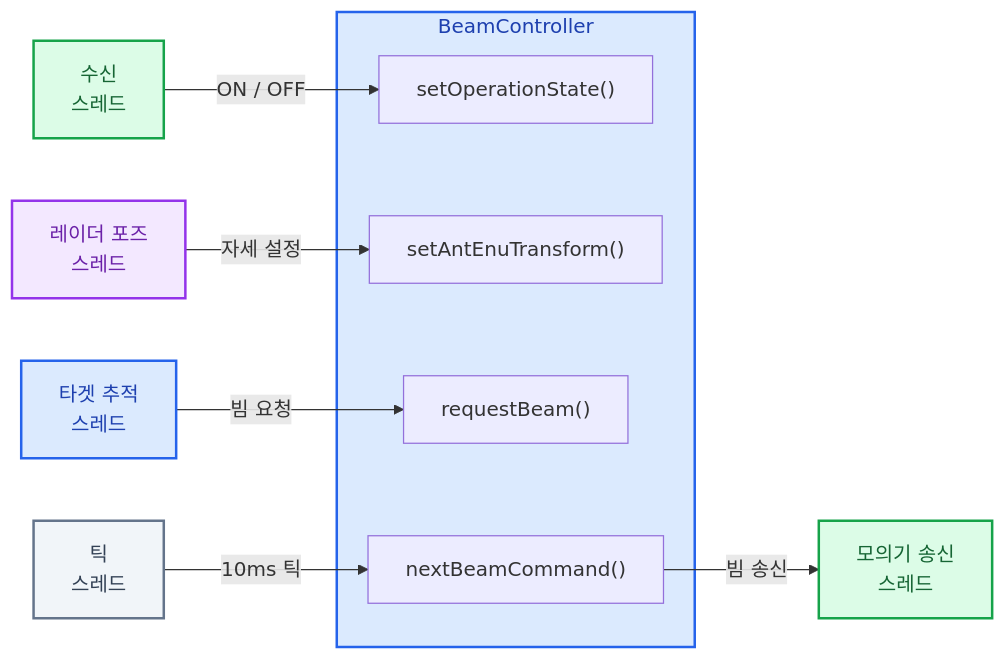
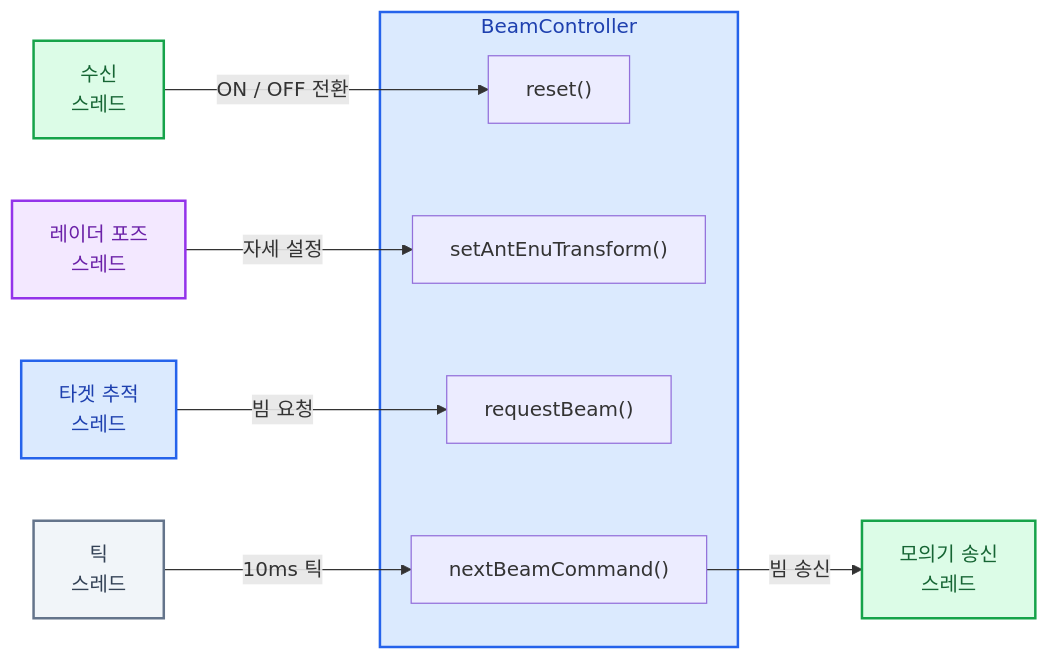
One commit to AESAlien/aesa-processor changed the first of 2 diagrams in src/beam/README.md. Above: the diagram before and after it, drawn with Mermaid. The commit also changed 35 other files, not shown here.

````diff
--- a/src/beam/README.md
+++ b/src/beam/README.md
@@ -5,32 +5,32 @@
 ```mermaid
 flowchart LR
     CommReceiveWorker[수신<br/>스레드]
     PoseWorker[레이더 포즈<br/>스레드]
     TargetWorker[타겟 추적<br/>스레드]
     TickWorker[틱<br/>스레드]
     SimulatorSendWorker[모의기 송신<br/>스레드]
 
     subgraph BeamController
-        setOperationState["setOperationState()"]
+        reset["reset()"]
         setAntEnuTransform["setAntEnuTransform()"]
         requestBeam["requestBeam()"]
         nextBeamCommand["nextBeamCommand()"]
     end
 
-    CommReceiveWorker -->|ON / OFF| setOperationState
+    CommReceiveWorker -->|ON / OFF 전환| reset
     PoseWorker -->|자세 설정| setAntEnuTransform
     TargetWorker -->|빔 요청| requestBeam
     TickWorker -->|10ms 틱| nextBeamCommand
     nextBeamCommand -->|빔 송신| SimulatorSendWorker
 
     classDef communication fill:#DCFCE7,stroke:#16A34A,color:#166534,stroke-width:2px
     classDef processing fill:#DBEAFE,stroke:#2563EB,color:#1E40AF,stroke-width:2px
     classDef utility fill:#F3E8FF,stroke:#9333EA,color:#6B21A8,stroke-width:2px
     classDef control fill:#F1F5F9,stroke:#64748B,color:#334155,stroke-width:2px
 
     class CommReceiveWorker,SimulatorSendWorker communication
     class TargetWorker processing
     class PoseWorker utility
     class TickWorker control
     style BeamController fill:#DBEAFE,stroke:#2563EB,color:#1E40AF,stroke-width:2px
 ```
````
